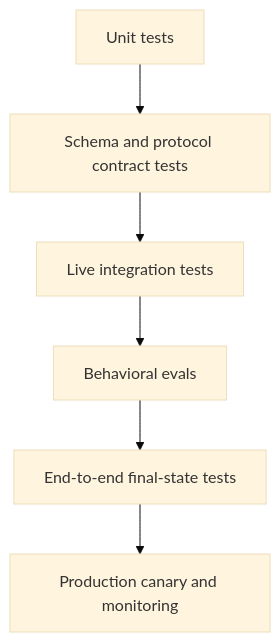
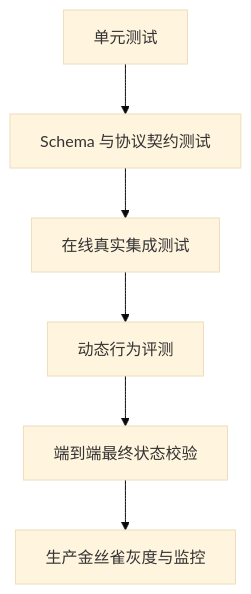
Before and after one commit to cluster1900/ai-engineering-from-scratch-zh: the diagram in certifications/claude/lessons/14-evals-testing-debugging-and-observability/docs/en.md, drawn with Mermaid (base theme). The commit also changed other lines of this file and 187 other files, not shown here.

````diff
--- a/certifications/claude/lessons/14-evals-testing-debugging-and-observability/docs/en.md
+++ b/certifications/claude/lessons/14-evals-testing-debugging-and-observability/docs/en.md
@@ -43,8 +45,8 @@
 ```mermaid
 flowchart TB
-    Unit[Unit tests] --> Contract[Schema and protocol contract tests]
-    Contract --> Integration[Live integration tests]
-    Integration --> Behavioral[Behavioral evals]
-    Behavioral --> EndToEnd[End-to-end final-state tests]
-    EndToEnd --> Canary[Production canary and monitoring]
+    Unit[单元测试] --> Contract[Schema 与协议契约测试]
+    Contract --> Integration[在线真实集成测试]
+    Integration --> Behavioral[动态行为评测]
+    EndToEnd[端到端最终状态校验] --> Canary[生产金丝雀灰度与监控]
+    Behavioral --> EndToEnd
 ```
````
